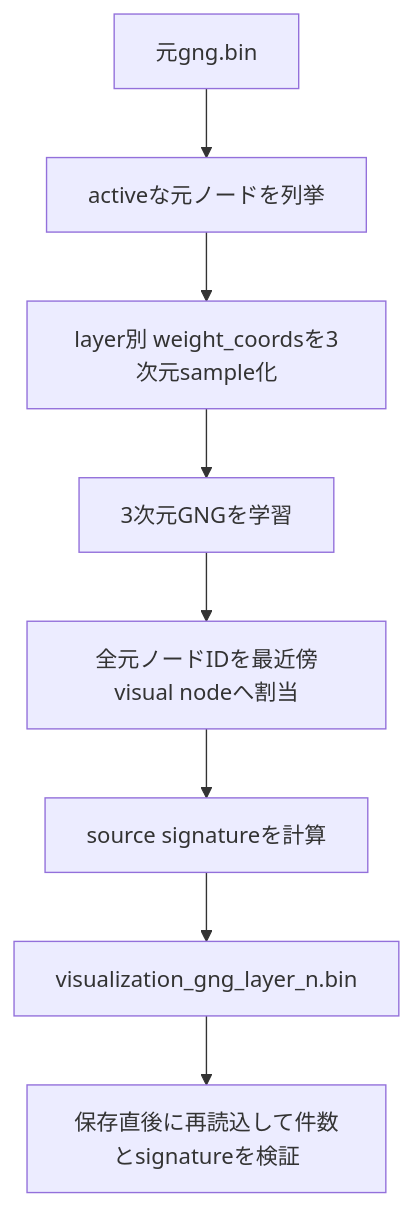
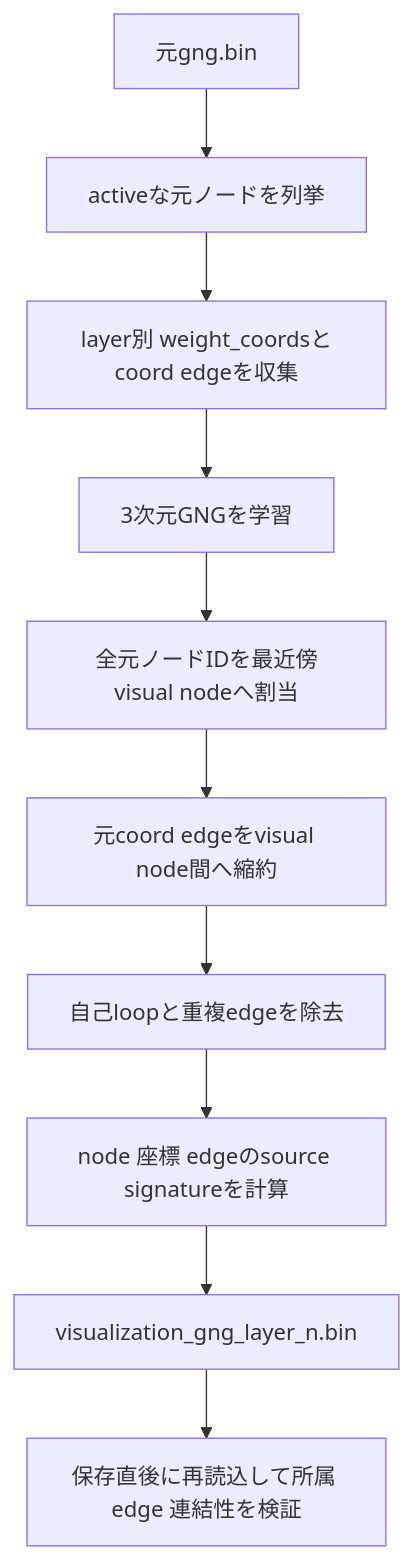
The sixth of 7 diagrams in gng_vlut_system/docs/TECHNICAL_SPEC.md (uraki-UH/arm_avoidance), drawn with Mermaid before and after one commit. The commit also changed other lines of this file and 25 other files, not shown here.

````diff
--- a/gng_vlut_system/docs/TECHNICAL_SPEC.md
+++ b/gng_vlut_system/docs/TECHNICAL_SPEC.md
@@ -481,10 +488,12 @@
 ```mermaid
 flowchart TD
     A[元gng.bin] --> B[activeな元ノードを列挙]
-    B --> C[layer別 weight_coordsを3次元sample化]
+    B --> C[layer別 weight_coordsとcoord edgeを収集]
     C --> D[3次元GNGを学習]
     D --> E[全元ノードIDを最近傍visual nodeへ割当]
-    E --> F[source signatureを計算]
-    F --> G[visualization_gng_layer_n.bin]
-    G --> H[保存直後に再読込して件数とsignatureを検証]
+    E --> F[元coord edgeをvisual node間へ縮約]
+    F --> G[自己loopと重複edgeを除去]
+    G --> H[node 座標 edgeのsource signatureを計算]
+    H --> I[visualization_gng_layer_n.bin]
+    I --> J[保存直後に再読込して所属 edge 連結性を検証]
 ```
````
